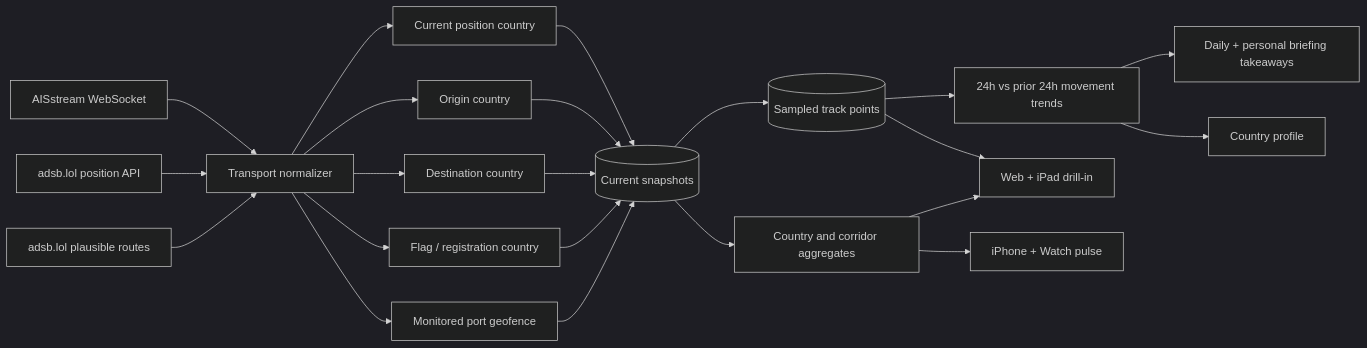
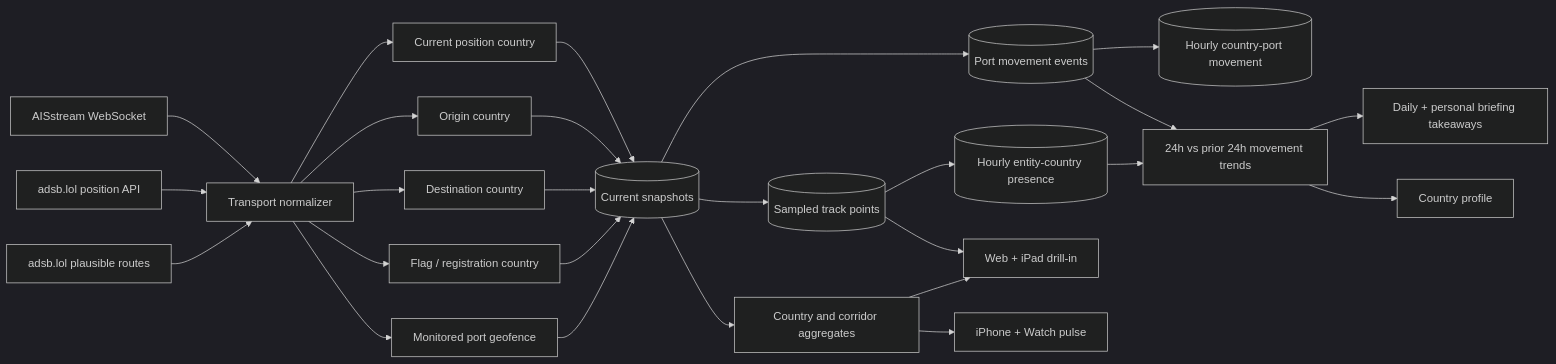
Before and after one commit to eojgroup/claritas: the diagram in docs/transport-intelligence.md, drawn with Mermaid (dark theme). The commit also changed other lines of this file and 20 other files, not shown here.

````diff
--- a/docs/transport-intelligence.md
+++ b/docs/transport-intelligence.md
@@ -7,24 +7,28 @@
 ```mermaid
 flowchart LR
   AIS[AISstream WebSocket] --> Normalize[Transport normalizer]
   ADSB[adsb.lol position API] --> Normalize
   ADSBRoute[adsb.lol plausible routes] --> Normalize
   Normalize --> Position[Current position country]
   Normalize --> Origin[Origin country]
   Normalize --> Destination[Destination country]
   Normalize --> Flag[Flag / registration country]
   Normalize --> Port[Monitored port geofence]
   Position --> Snapshot[(Current snapshots)]
   Origin --> Snapshot
   Destination --> Snapshot
   Flag --> Snapshot
   Port --> Snapshot
   Snapshot --> Trail[(Sampled track points)]
+  Snapshot --> Event[(Port movement events)]
+  Trail --> Presence[(Hourly entity-country presence)]
+  Event --> MovementHour[(Hourly country-port movement)]
   Snapshot --> Aggregate[Country and corridor aggregates]
-  Trail --> Trend[24h vs prior 24h movement trends]
+  Event --> Trend[24h vs prior 24h movement trends]
+  Presence --> Trend
   Trend --> Briefing[Daily + personal briefing takeaways]
   Trend --> Profile[Country profile]
   Trail --> Full[Web + iPad drill-in]
   Aggregate --> Full
   Aggregate --> Compact[iPhone + Watch pulse]
 ```
````
